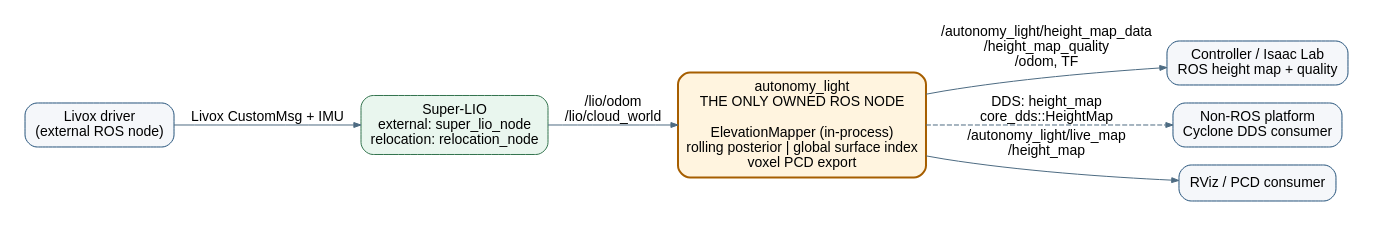
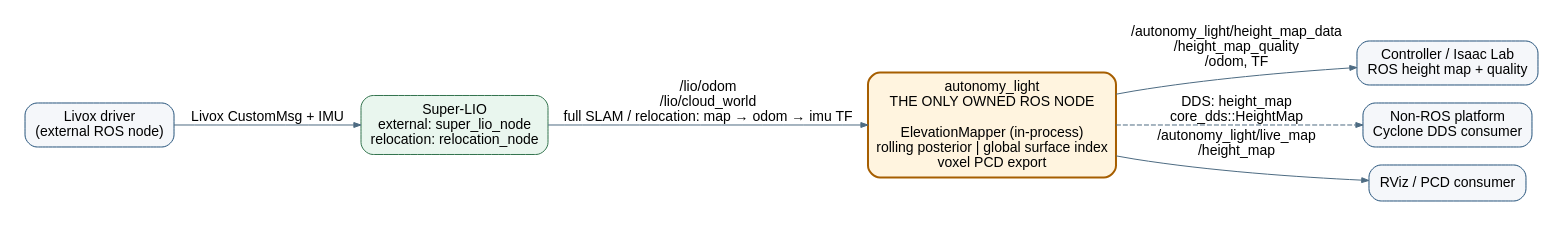
Before and after one commit to cocelo-ai/autonomy: the diagram in docs/software_node_topology.dot, drawn with Graphviz. The commit also changed 30 other files, not shown here.

```diff
--- a/docs/software_node_topology.dot
+++ b/docs/software_node_topology.dot
@@ -1,22 +1,22 @@
 digraph autonomy_light {
   rankdir=LR;
   graph [fontname="Arial", bgcolor="white", pad="0.25"];
   node [fontname="Arial", shape=box, style="rounded,filled", color="#24527a",
         fillcolor="#edf5fb", margin="0.16,0.10"];
   edge [fontname="Arial", color="#4d6b82", arrowsize="0.7"];
 
   livox [label="Livox driver\n(external ROS node)", fillcolor="#f5f7fa"];
   lio [label="Super-LIO\nexternal: super_lio_node\nrelocation: relocation_node",
        fillcolor="#e9f6ee", color="#32734d"];
   runtime [label="autonomy_light\nTHE ONLY OWNED ROS NODE\n\nElevationMapper (in-process)\nrolling posterior | global surface index\nvoxel PCD export",
            fillcolor="#fff4df", color="#a65e00", penwidth="2"];
   control [label="Controller / Isaac Lab\nROS height map + quality", fillcolor="#f5f7fa"];
   dds [label="Non-ROS platform\nCyclone DDS consumer", fillcolor="#f5f7fa"];
   rviz [label="RViz / PCD consumer", fillcolor="#f5f7fa"];
 
   livox -> lio [label="Livox CustomMsg + IMU"];
-  lio -> runtime [label="/lio/odom\n/lio/cloud_world"];
+  lio -> runtime [label="/lio/odom\n/lio/cloud_world\nfull SLAM / relocation: map → odom → imu TF"];
   runtime -> control [label="/autonomy_light/height_map_data\n/height_map_quality\n/odom, TF"];
   runtime -> dds [label="DDS: height_map\ncore_dds::HeightMap", style=dashed];
   runtime -> rviz [label="/autonomy_light/live_map\n/height_map"];
 }
```
